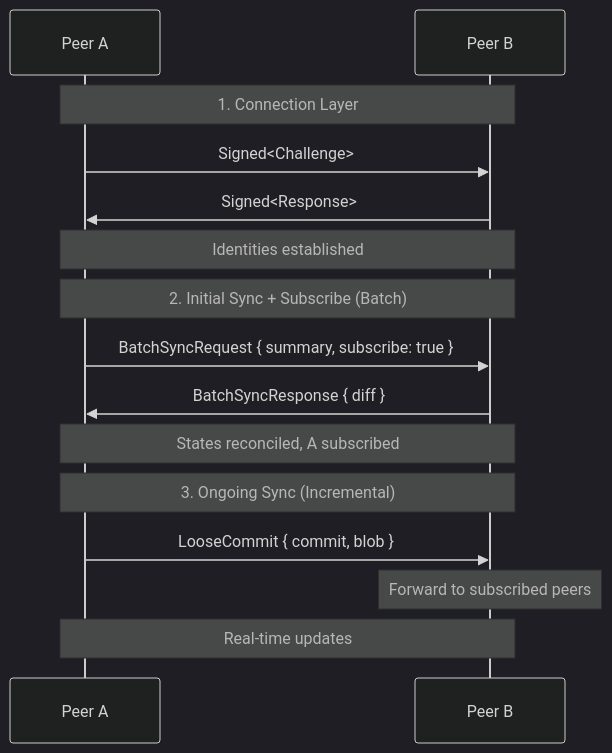
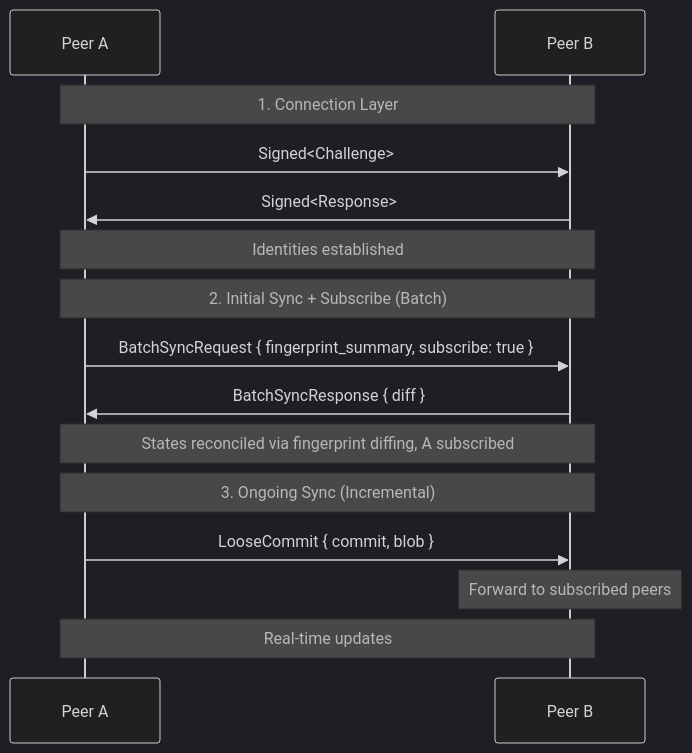
Before and after one commit to inkandswitch/subduction: the second of 2 diagrams in design/README.md, drawn with Mermaid (dark theme). The commit also changed 5 other files, not shown here.

````diff
--- a/design/README.md
+++ b/design/README.md
@@ -29,20 +29,20 @@
 ```mermaid
 sequenceDiagram
     participant A as Peer A
     participant B as Peer B
 
     Note over A,B: 1. Connection Layer
     A->>B: Signed<Challenge>
     B->>A: Signed<Response>
     Note over A,B: Identities established
 
     Note over A,B: 2. Initial Sync + Subscribe (Batch)
-    A->>B: BatchSyncRequest { summary, subscribe: true }
+    A->>B: BatchSyncRequest { fingerprint_summary, subscribe: true }
     B->>A: BatchSyncResponse { diff }
-    Note over A,B: States reconciled, A subscribed
+    Note over A,B: States reconciled via fingerprint diffing, A subscribed
 
     Note over A,B: 3. Ongoing Sync (Incremental)
     A->>B: LooseCommit { commit, blob }
     Note over B: Forward to subscribed peers
     Note over A,B: Real-time updates
 ```
````
